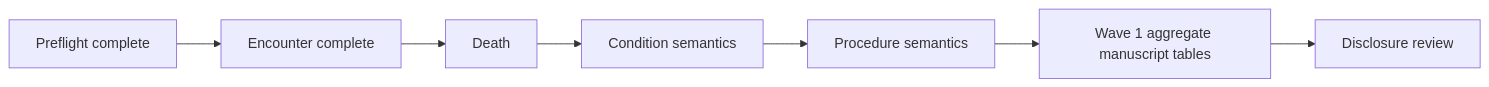
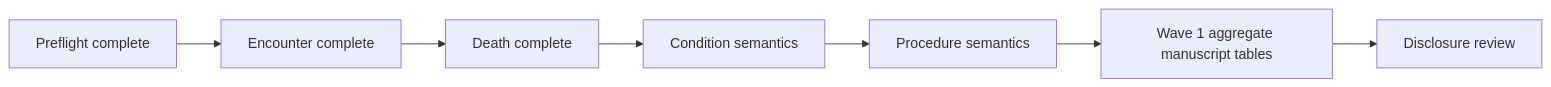
The diagram in docs/stage_b_wave1_progress.md (vafaei-ar/pcornet-omop-validation), drawn with Mermaid before and after one commit. The commit also changed other lines of this file, not shown here.

Commit message:
Record death concordance and advance Stage B to Condition

````diff
--- a/docs/stage_b_wave1_progress.md
+++ b/docs/stage_b_wave1_progress.md
@@ -57,9 +80,9 @@
 ```mermaid
 flowchart LR
     A[Preflight complete] --> B[Encounter complete]
-    B --> C[Death]
+    B --> C[Death complete]
     C --> D[Condition semantics]
     D --> E[Procedure semantics]
     E --> F[Wave 1 aggregate manuscript tables]
     F --> G[Disclosure review]
 ```
````
